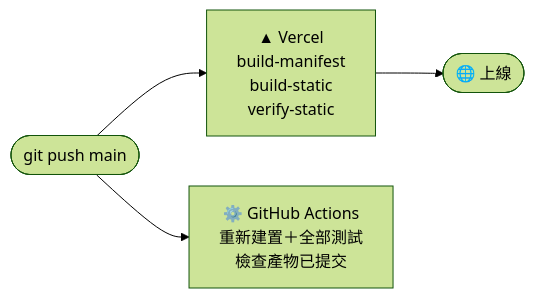
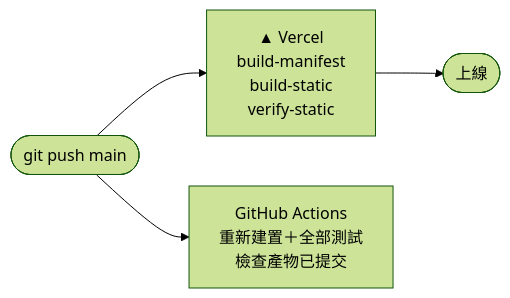
One commit to Yu-0312/senior-science changed the ninth of 9 diagrams in README.md. Above: the diagram before and after it, drawn with Mermaid (forest theme). The commit also changed other lines of this file and 34 other files, not shown here.

````diff
--- a/README.md
+++ b/README.md
@@ -532,5 +532,5 @@
 ```mermaid
 flowchart LR
-    push(["git push main"]) --> V["▲ Vercel<br/>build-manifest<br/>build-static<br/>verify-static"] --> L(["🌐 上線"])
-    push --> GA["⚙️ GitHub Actions<br/>重新建置＋全部測試<br/>檢查產物已提交"]
+    push(["git push main"]) --> V["▲ Vercel<br/>build-manifest<br/>build-static<br/>verify-static"] --> L(["上線"])
+    push --> GA["GitHub Actions<br/>重新建置＋全部測試<br/>檢查產物已提交"]
 ```
````
